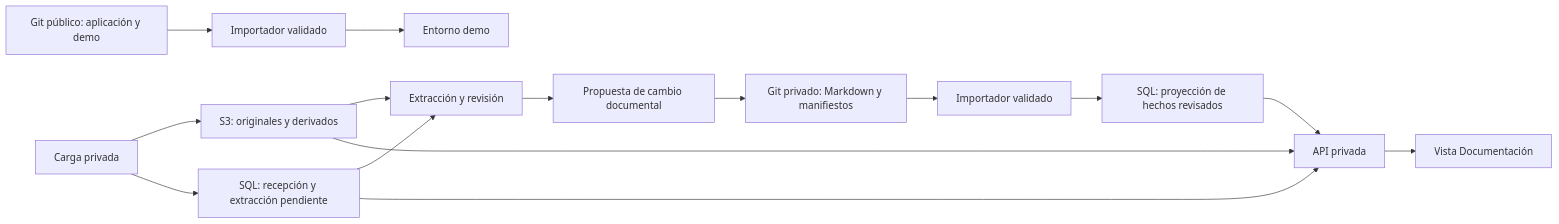
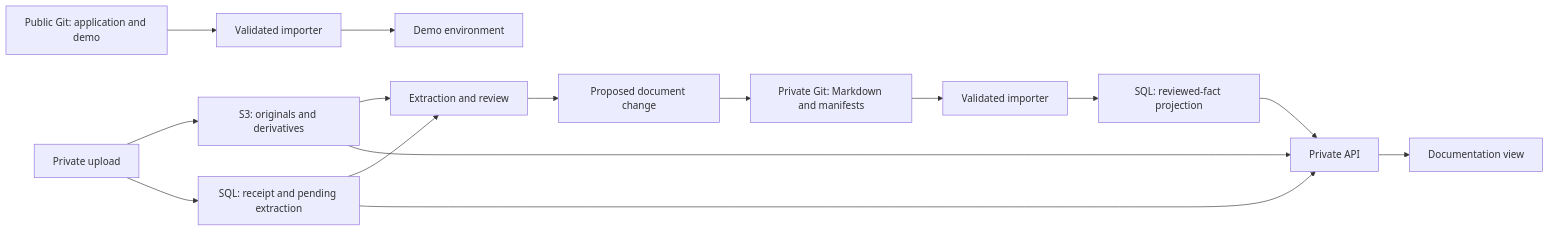
The diagram in docs/architecture/property-dossier-architecture.md (pablitxn/t3-designer), drawn with Mermaid before and after one commit. The commit also changed other lines of this file and 27 other files, not shown here.

````diff
--- a/docs/architecture/property-dossier-architecture.md
+++ b/docs/architecture/property-dossier-architecture.md
@@ -116,17 +125,17 @@
 ```mermaid
 flowchart LR
-  Code["Git público: aplicación y demo"] --> Seed["Importador validado"]
-  MD["Git privado: Markdown y manifiestos"] --> Import["Importador validado"]
-  Seed --> Demo["Entorno demo"]
-  Import --> Projection["SQL: proyección de hechos revisados"]
-  Upload["Carga privada"] --> Objects["S3: originales y derivados"]
-  Upload --> Workflow["SQL: recepción y extracción pendiente"]
-  Objects --> Review["Extracción y revisión"]
+  Code["Public Git: application and demo"] --> Seed["Validated importer"]
+  MD["Private Git: Markdown and manifests"] --> Import["Validated importer"]
+  Seed --> Demo["Demo environment"]
+  Import --> Projection["SQL: reviewed-fact projection"]
+  Upload["Private upload"] --> Objects["S3: originals and derivatives"]
+  Upload --> Workflow["SQL: receipt and pending extraction"]
+  Objects --> Review["Extraction and review"]
   Workflow --> Review
-  Review --> Draft["Propuesta de cambio documental"]
+  Review --> Draft["Proposed document change"]
   Draft --> MD
-  Projection --> API["API privada"]
+  Projection --> API["Private API"]
   Workflow --> API
   Objects --> API
-  API --> View["Vista Documentación"]
+  API --> View["Documentation view"]
 ```
````
